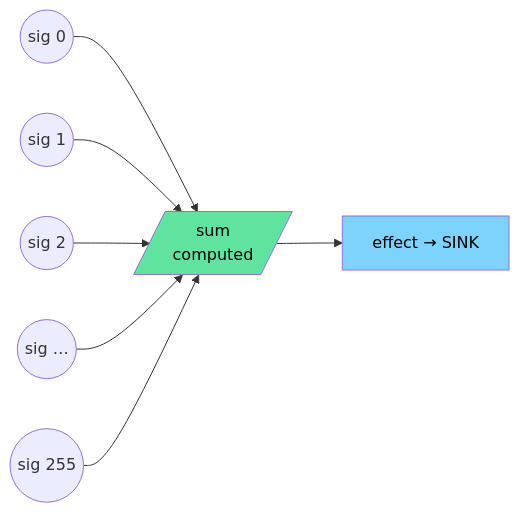
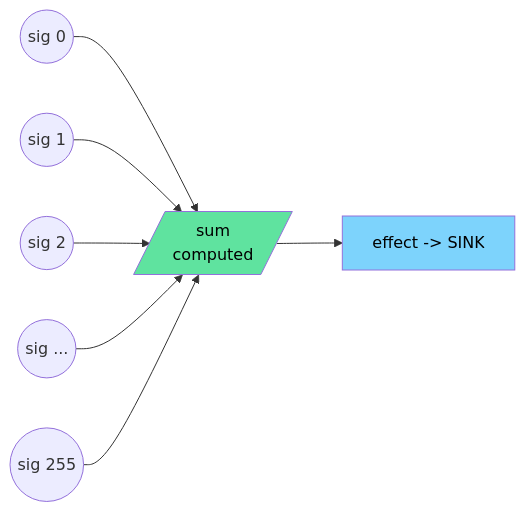
The third of 6 diagrams in bench/torture/README.md (PeshoVurtoleta/lite-signal), drawn with Mermaid before and after one commit. The commit also changed other lines of this file and 11 other files, not shown here.

````diff
--- a/bench/torture/README.md
+++ b/bench/torture/README.md
@@ -161,12 +161,12 @@
 ```mermaid
 graph LR
     S0((sig 0)) --> SUM
     S1((sig 1)) --> SUM
     S2((sig 2)) --> SUM
-    Sn((sig …)) --> SUM
+    Sn((sig ...)) --> SUM
     SN((sig 255)) --> SUM
-    SUM[/sum<br/>computed/] --> EFF["effect → SINK"]
+    SUM[/sum<br/>computed/] --> EFF["effect -> SINK"]
 
     style SUM fill:#5fe39f,color:#000
     style EFF fill:#7dd3fc,color:#000
 ```
````
